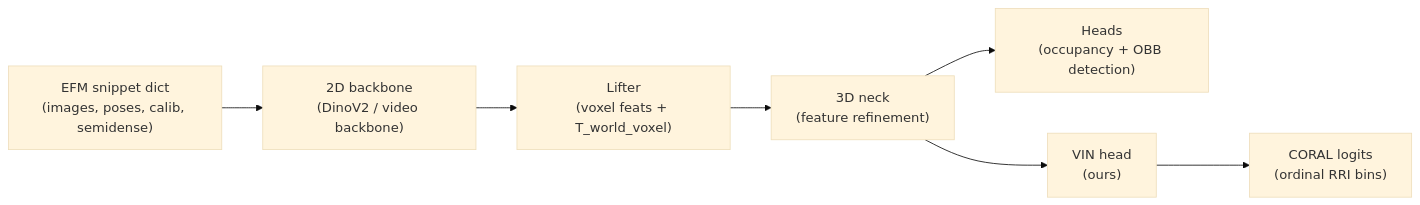
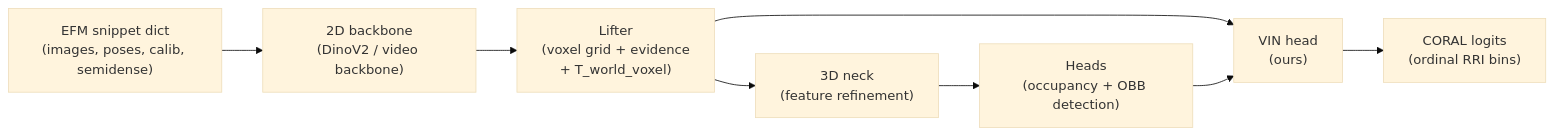
Before and after one commit to JanDuchscherer104/ARIA-NBV: the first of 2 diagrams in docs/contents/impl/vin_nbv.qmd, drawn with Mermaid (base theme). The commit also changed other lines of this file and 55 other files, not shown here.

````diff
--- a/docs/contents/impl/vin_nbv.qmd
+++ b/docs/contents/impl/vin_nbv.qmd
@@ -32,10 +33,11 @@
 ```{mermaid}
 flowchart LR
     A["EFM snippet dict<br/>(images, poses, calib, semidense)"]
     A --> B["2D backbone<br/>(DinoV2 / video backbone)"]
-    B --> C["Lifter<br/>(voxel feats + T_world_voxel)"]
+    B --> C["Lifter<br/>(voxel grid + evidence<br/>+ T_world_voxel)"]
     C --> D["3D neck<br/>(feature refinement)"]
     D --> E["Heads<br/>(occupancy + OBB detection)"]
-    D --> F["VIN head<br/>(ours)"]
+    C --> F["VIN head<br/>(ours)"]
+    E --> F
     F --> G["CORAL logits<br/>(ordinal RRI bins)"]
 ```
````
